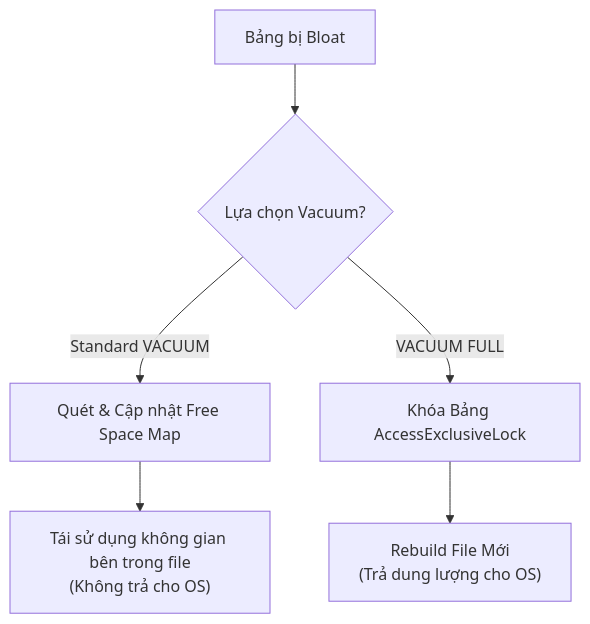
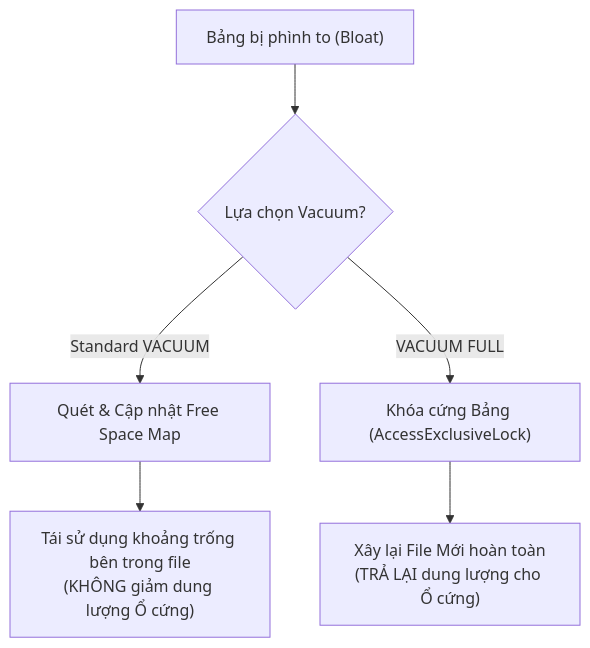
One commit to kythuatdulieu/kythuatdulieu.github.io changed the second of 2 diagrams in src/content/docs/concepts/3-storage-engines-formats/vacuum-autovacuum-mechanisms.md. Above: the diagram before and after it, drawn with Mermaid. The commit also changed other lines of this file and 213 other files, not shown here.

Commit message:
Fix syntax and rewrite 200+ concepts docs to deep-dive system architecture and add GA4 tracking to quiz app

````diff
--- a/src/content/docs/concepts/3-storage-engines-formats/vacuum-autovacuum-mechanisms.md
+++ b/src/content/docs/concepts/3-storage-engines-formats/vacuum-autovacuum-mechanisms.md
@@ -67,8 +64,8 @@
 ```mermaid
 graph TD
-    A["Bảng bị Bloat"] --> B{Lựa chọn Vacuum?}
+    A["Bảng bị phình to (Bloat)"] --> B{"Lựa chọn Vacuum?"}
     B -->|Standard VACUUM| C["Quét & Cập nhật Free Space Map"]
-    B -->|VACUUM FULL| D["Khóa Bảng AccessExclusiveLock"]
-    C --> E["Tái sử dụng không gian bên trong file<br/>(Không trả cho OS)"]
-    D --> F["Rebuild File Mới<br/>(Trả dung lượng cho OS)"]
+    B -->|VACUUM FULL| D["Khóa cứng Bảng (AccessExclusiveLock)"]
+    C --> E["Tái sử dụng khoảng trống bên trong file<br/>(KHÔNG giảm dung lượng Ổ cứng)"]
+    D --> F["Xây lại File Mới hoàn toàn<br/>(TRẢ LẠI dung lượng cho Ổ cứng)"]
 ```
````
